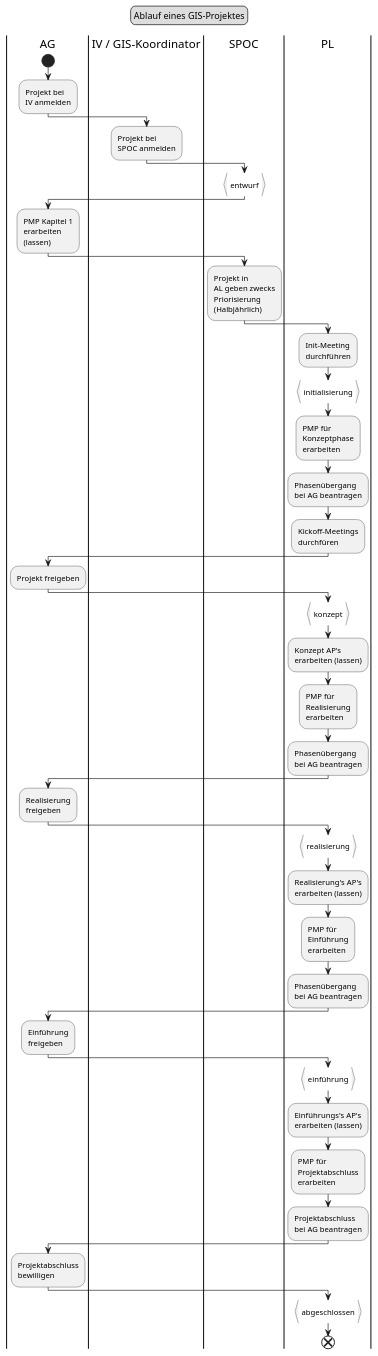
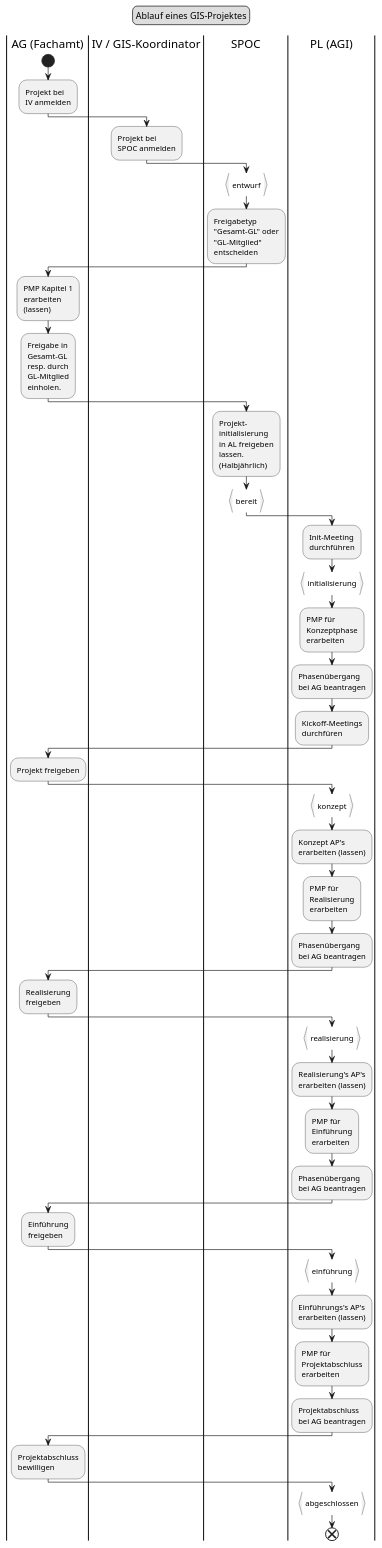
Before and after one commit to ojeker/docktick: the diagram in puml/src/flow_gisprojekt.puml, drawn with PlantUML. The commit also changed 10 other files, not shown here.

```diff
--- a/puml/src/flow_gisprojekt.puml
+++ b/puml/src/flow_gisprojekt.puml
@@ -1,75 +1,90 @@
 @startuml
 legend top
 	Ablauf eines GIS-Projektes
 end legend
-|AG|
+|AG (Fachamt)|
 start
 :Projekt bei
 IV anmelden;
 |IV / GIS-Koordinator|
 :Projekt bei
 SPOC anmelden;
 |SPOC|
 :entwurf}
-|AG|
+
+:Freigabetyp
+"Gesamt-GL" oder
+"GL-Mitglied"
+entscheiden;
+
+|AG (Fachamt)|
 :PMP Kapitel 1
 erarbeiten
 (lassen);
+
+:Freigabe in
+Gesamt-GL
+resp. durch
+GL-Mitglied
+einholen.;
+
 |SPOC|
-:Projekt in
-AL geben zwecks
-Priorisierung
+:Projekt-
+initialisierung
+in AL freigeben
+lassen.
 (Halbjährlich);
-|PL|
+:bereit}
+|PL (AGI)|
 :Init-Meeting
 durchführen;
 :initialisierung}
 :PMP für
 Konzeptphase
 erarbeiten;
 :Phasenübergang
 bei AG beantragen;
 :Kickoff-Meetings
 durchfüren;
-|AG|
+|AG (Fachamt)|
 :Projekt freigeben;
-|PL|
+|PL (AGI)|
 :konzept}
 :Konzept AP's
 erarbeiten (lassen);
 :PMP für
 Realisierung
 erarbeiten;
 :Phasenübergang
 bei AG beantragen;
-|AG|
+|AG (Fachamt)|
 :Realisierung
 freigeben;
-|PL|
+|PL (AGI)|
 :realisierung}
 :Realisierung's AP's
 erarbeiten (lassen);
 :PMP für
 Einführung
 erarbeiten;
 :Phasenübergang
 bei AG beantragen;
-|AG|
+|AG (Fachamt)|
 :Einführung
 freigeben;
-|PL|
+|PL (AGI)|
 :einführung}
 :Einführungs's AP's
 erarbeiten (lassen);
 :PMP für
 Projektabschluss
 erarbeiten;
 :Projektabschluss
 bei AG beantragen;
-|AG|
+|AG (Fachamt)|
 :Projektabschluss
 bewilligen;
-|PL|
+|PL (AGI)|
 :abgeschlossen}
 end
 @enduml
```
